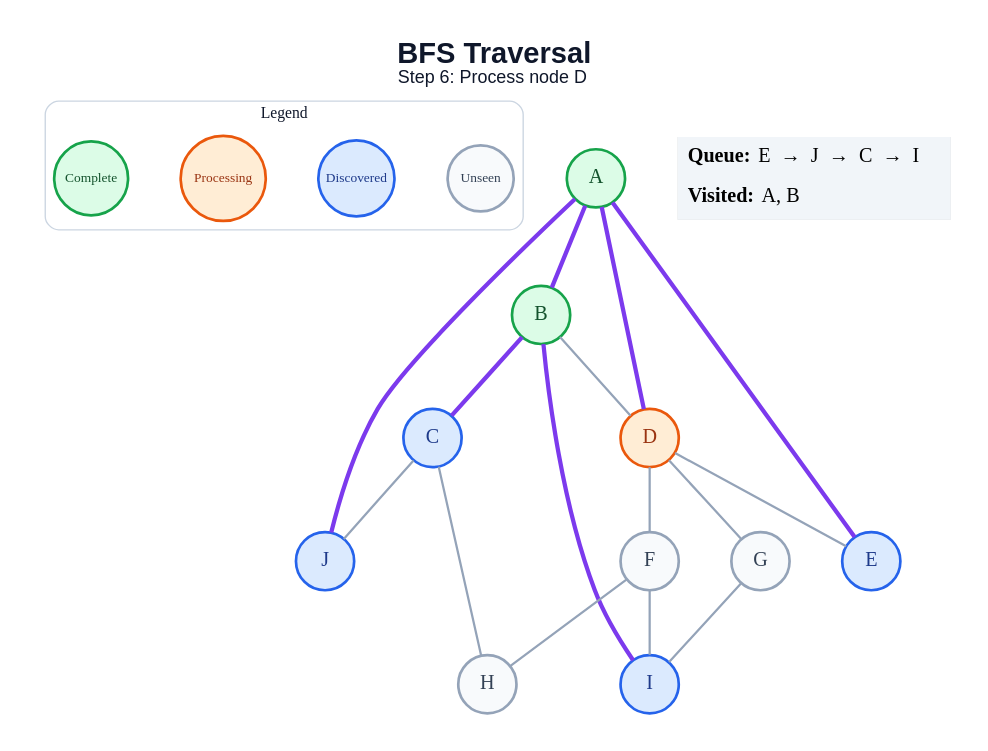
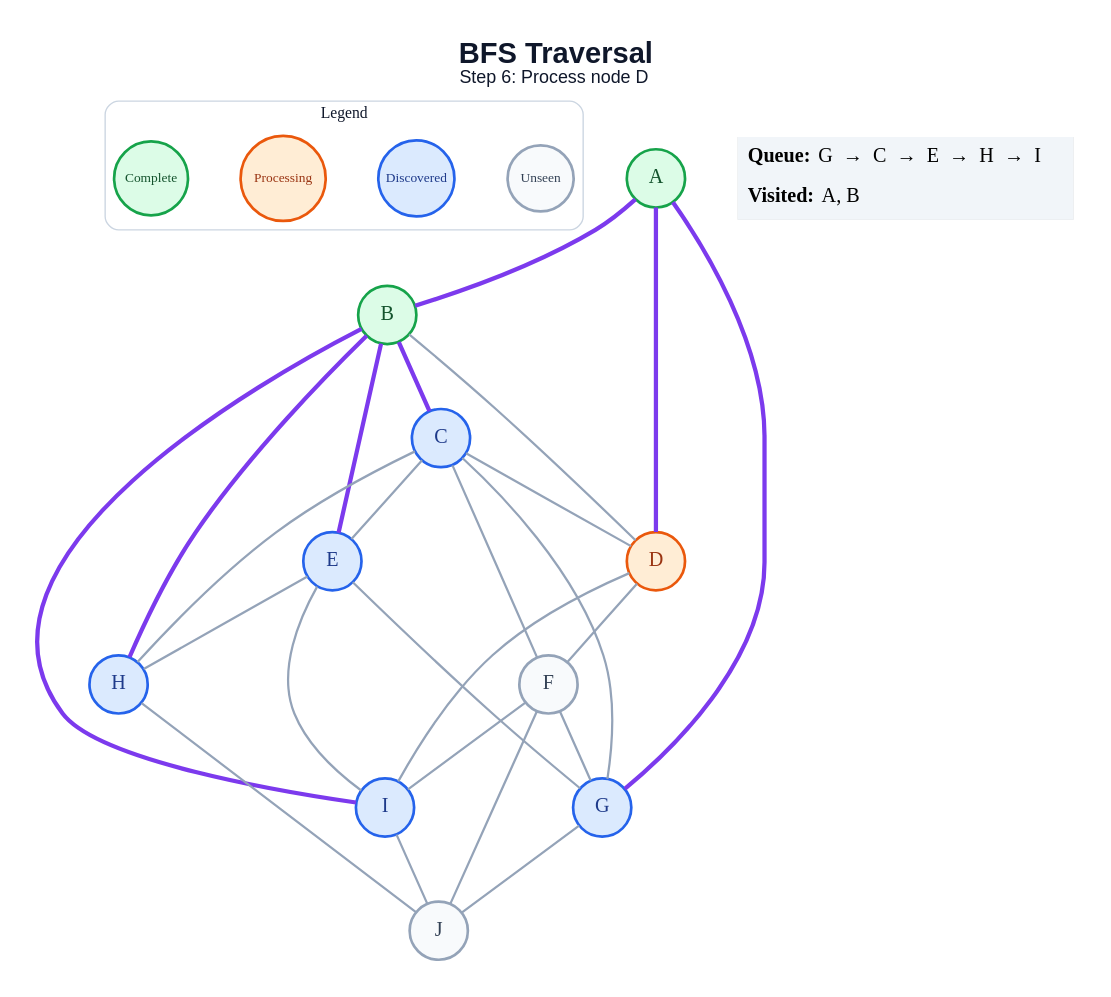
One commit to amanghodawala9/ai-slop changed the diagram in generated/bfs/step_06.dot. Above: the diagram before and after it, drawn with Graphviz. The commit also changed 178 other files, not shown here.

```diff
--- a/generated/bfs/step_06.dot
+++ b/generated/bfs/step_06.dot
@@ -1,44 +1,53 @@
 graph traversal {
   graph [layout=dot, rankdir=TB, bgcolor="#FFFFFF", pad="0.35", nodesep="0.65", ranksep="0.8", fontname="Arial"];
   node [shape=circle, style="filled", fontname="Arial Bold", fontsize=18, width=0.72, fixedsize=true, penwidth=2.4];
   edge [color="#94A3B8", penwidth=2.0];
   label=<<B>BFS Traversal</B><BR/><FONT POINT-SIZE="16">Step 6: Process node D</FONT>>; labelloc="t"; fontsize=26; fontname="Arial"; fontcolor="#0F172A";
   subgraph cluster_legend { label="Legend"; color="#CBD5E1"; penwidth=1.2; style="rounded"; fontsize=14; fontname="Arial Bold";
     key_unseen [label="Unseen", fillcolor="#F8FAFC", color="#94A3B8", fontcolor="#334155", fontsize=12, width=0.82];
     key_frontier [label="Discovered", fillcolor="#DBEAFE", color="#2563EB", fontcolor="#1E3A8A", fontsize=12, width=0.95];
     key_current [label="Processing", fillcolor="#FFEDD5", color="#EA580C", fontcolor="#9A3412", fontsize=12, width=1.05];
     key_done [label="Complete", fillcolor="#DCFCE7", color="#16A34A", fontcolor="#14532D", fontsize=12, width=0.92];
     { rank=same; key_unseen; key_frontier; key_current; key_done; }
   }
   A [fillcolor="#DCFCE7", color="#16A34A", fontcolor="#14532D"];
   B [fillcolor="#DCFCE7", color="#16A34A", fontcolor="#14532D"];
   C [fillcolor="#DBEAFE", color="#2563EB", fontcolor="#1E3A8A"];
   D [fillcolor="#FFEDD5", color="#EA580C", fontcolor="#9A3412"];
   E [fillcolor="#DBEAFE", color="#2563EB", fontcolor="#1E3A8A"];
   F [fillcolor="#F8FAFC", color="#94A3B8", fontcolor="#334155"];
-  G [fillcolor="#F8FAFC", color="#94A3B8", fontcolor="#334155"];
-  H [fillcolor="#F8FAFC", color="#94A3B8", fontcolor="#334155"];
+  G [fillcolor="#DBEAFE", color="#2563EB", fontcolor="#1E3A8A"];
+  H [fillcolor="#DBEAFE", color="#2563EB", fontcolor="#1E3A8A"];
   I [fillcolor="#DBEAFE", color="#2563EB", fontcolor="#1E3A8A"];
-  J [fillcolor="#DBEAFE", color="#2563EB", fontcolor="#1E3A8A"];
+  J [fillcolor="#F8FAFC", color="#94A3B8", fontcolor="#334155"];
   A -- B [color="#7C3AED", penwidth=3.8];
   A -- D [color="#7C3AED", penwidth=3.8];
-  A -- E [color="#7C3AED", penwidth=3.8];
-  A -- J [color="#7C3AED", penwidth=3.8];
+  A -- G [color="#7C3AED", penwidth=3.8];
   B -- C [color="#7C3AED", penwidth=3.8];
   B -- D;
+  B -- E [color="#7C3AED", penwidth=3.8];
+  B -- H [color="#7C3AED", penwidth=3.8];
   B -- I [color="#7C3AED", penwidth=3.8];
+  C -- D;
+  C -- E;
+  C -- F;
+  C -- G;
   C -- H;
-  C -- J;
-  D -- E;
   D -- F;
-  D -- G;
-  F -- H;
+  D -- I;
+  E -- G;
+  E -- H;
+  E -- I;
+  F -- G;
   F -- I;
-  G -- I;
+  F -- J;
+  G -- J;
+  H -- J;
+  I -- J;
   status [shape=plain, fixedsize=false, width=0, height=0, margin=0, label=<
     <TABLE BORDER="0" CELLBORDER="0" CELLPADDING="7" BGCOLOR="#F1F5F9">
-      <TR><TD ALIGN="LEFT"><B>Queue:</B> E  →  J  →  C  →  I</TD></TR>
+      <TR><TD ALIGN="LEFT"><B>Queue:</B> G  →  C  →  E  →  H  →  I</TD></TR>
       <TR><TD ALIGN="LEFT"><B>Visited:</B> A, B</TD></TR>
     </TABLE>
   >];
 }
```
